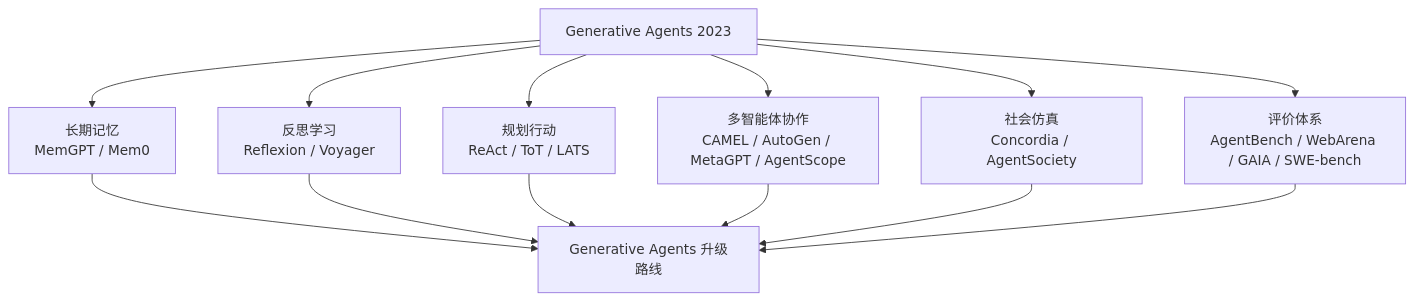
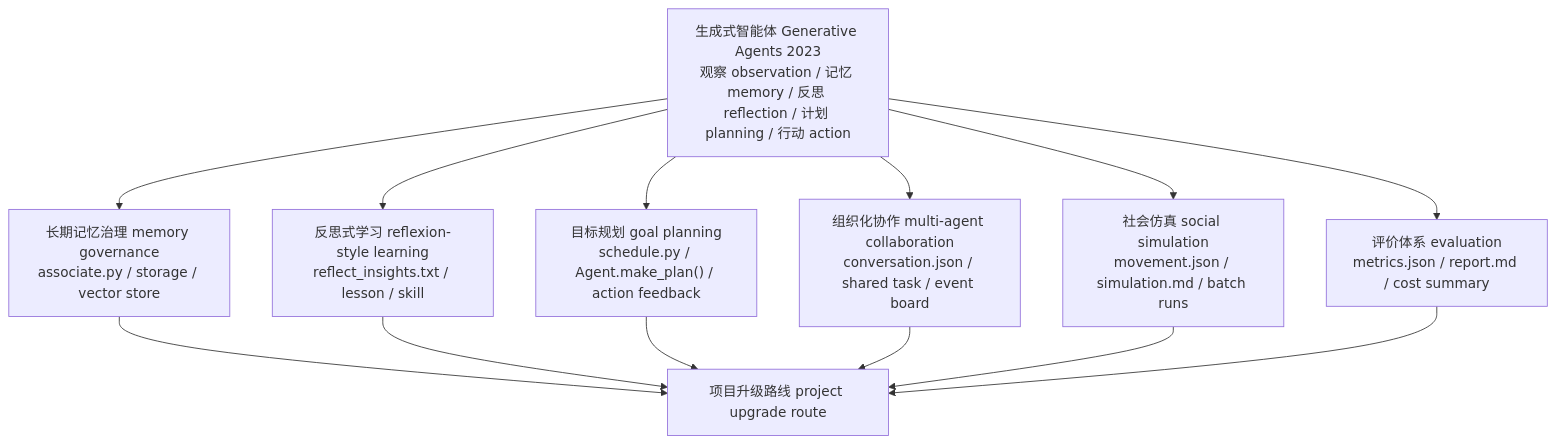
One commit to tbkken/GenerativeAgentsCN changed the second of 3 diagrams in docs/book/manuscript/part_05/chapter_31.md. Above: the diagram before and after it, drawn with Mermaid. The commit also changed other lines of this file and 18 other files, not shown here.

````diff
--- a/docs/book/manuscript/part_05/chapter_31.md
+++ b/docs/book/manuscript/part_05/chapter_31.md
@@ -30,15 +69,15 @@
 ```mermaid
 flowchart TD
-    GA[Generative Agents 2023] --> M[长期记忆<br/>MemGPT / Mem0]
-    GA --> R[反思学习<br/>Reflexion / Voyager]
-    GA --> P[规划行动<br/>ReAct / ToT / LATS]
-    GA --> C[多智能体协作<br/>CAMEL / AutoGen / MetaGPT / AgentScope]
-    GA --> S[社会仿真<br/>Concordia / AgentSociety]
-    GA --> E[评价体系<br/>AgentBench / WebArena / GAIA / SWE-bench]
-    M --> U[Generative Agents 升级路线]
+    GA["生成式智能体 Generative Agents 2023<br/>观察 observation / 记忆 memory / 反思 reflection / 计划 planning / 行动 action"] --> M["长期记忆治理 memory governance<br/>associate.py / storage / vector store"]
+    GA --> R["反思式学习 reflexion-style learning<br/>reflect_insights.txt / lesson / skill"]
+    GA --> P["目标规划 goal planning<br/>schedule.py / Agent.make_plan() / action feedback"]
+    GA --> C["组织化协作 multi-agent collaboration<br/>conversation.json / shared task / event board"]
+    GA --> S["社会仿真 social simulation<br/>movement.json / simulation.md / batch runs"]
+    GA --> E["评价体系 evaluation<br/>metrics.json / report.md / cost summary"]
+    M --> U["项目升级路线 project upgrade route"]
     R --> U
     P --> U
     C --> U
     S --> U
     E --> U
 ```
````
